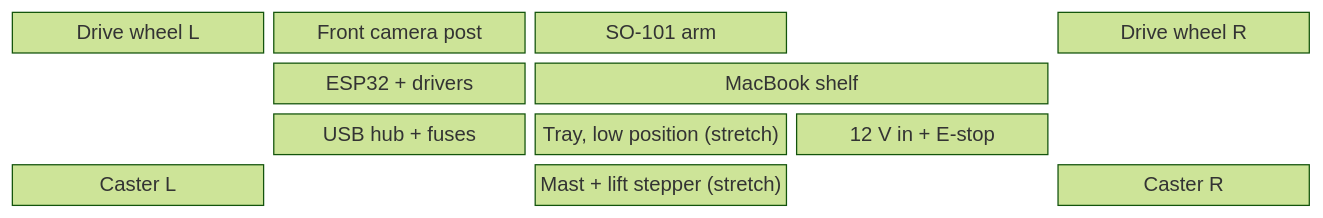
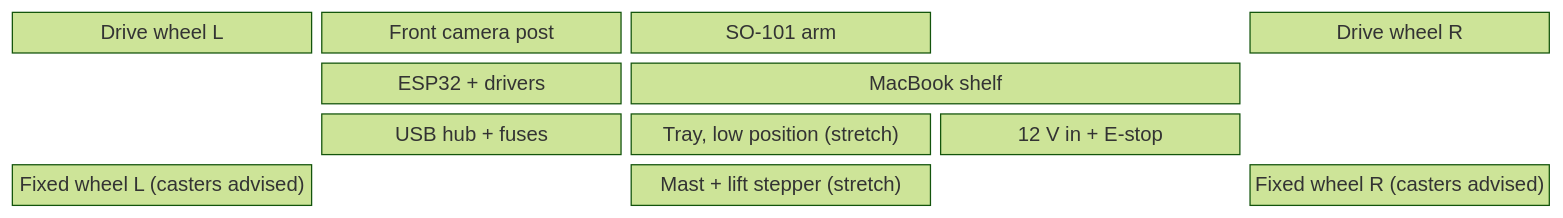
One commit to aarooshpravici/AutoPick-CalHacks changed the fourth of 12 diagrams in plan.md. Above: the diagram before and after it, drawn with Mermaid (forest theme). The commit also changed other lines of this file, not shown here.

````diff
--- a/plan.md
+++ b/plan.md
@@ -168,8 +168,8 @@
 ```mermaid
 block-beta
   columns 5
   WL["Drive wheel L"] CAM["Front camera post"] ARM["SO-101 arm"] space WR["Drive wheel R"]
   space ESP["ESP32 + drivers"] MAC["MacBook shelf"]:2 space
   space HUB["USB hub + fuses"] TRAY["Tray, low position (stretch)"] PWR["12 V in + E-stop"] space
-  CL["Caster L"] space MAST["Mast + lift stepper (stretch)"] space CR["Caster R"]
+  CL["Fixed wheel L (casters advised)"] space MAST["Mast + lift stepper (stretch)"] space CR["Fixed wheel R (casters advised)"]
 ```
````
